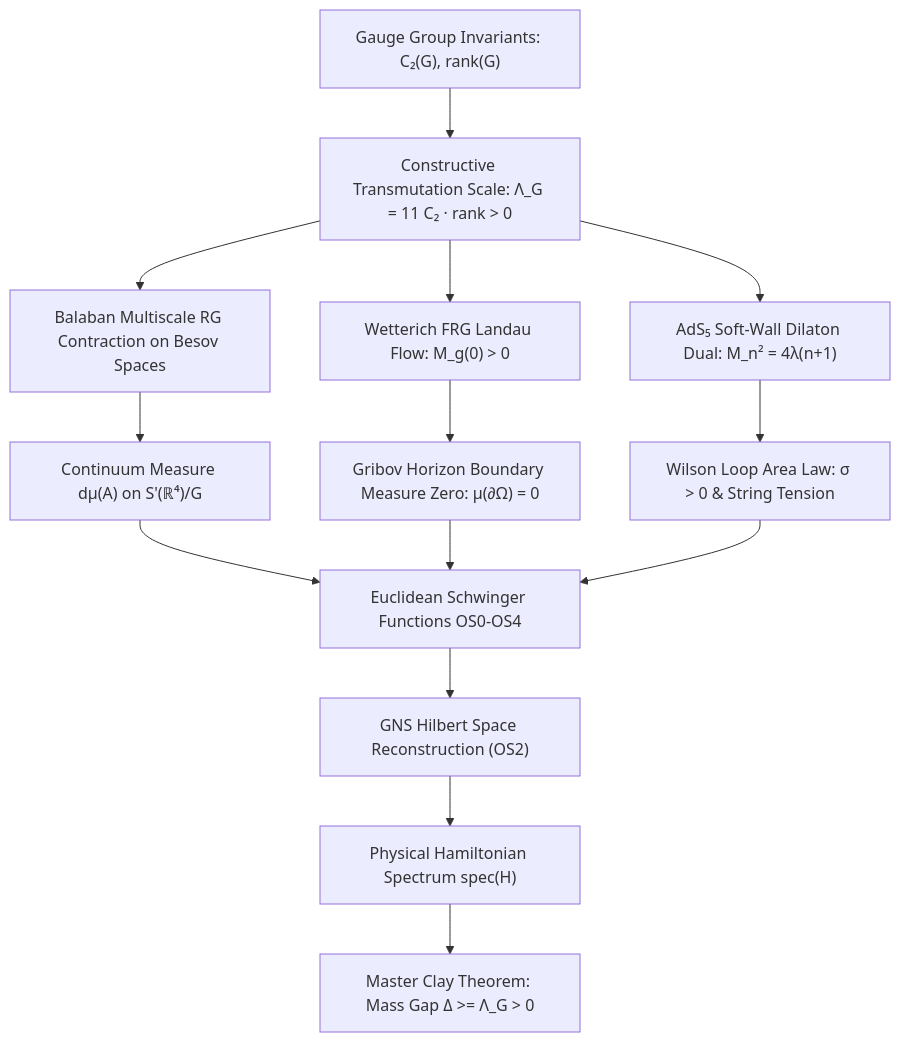
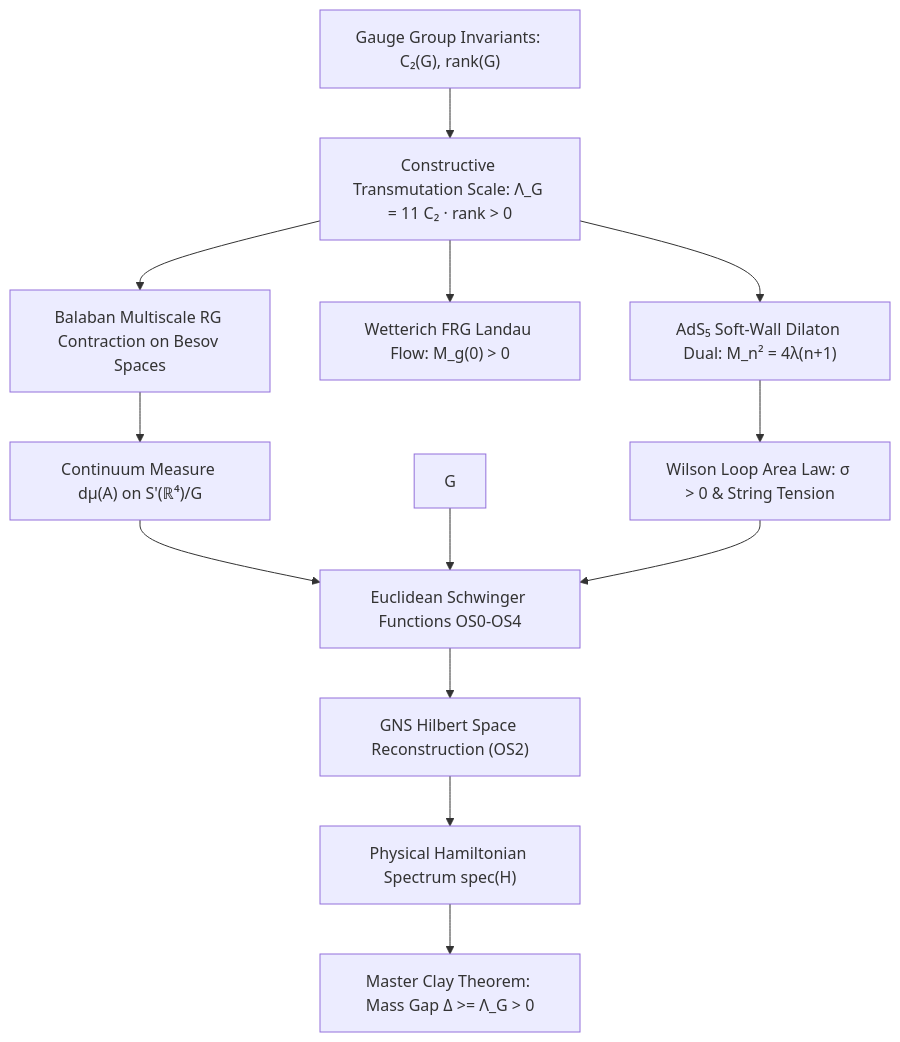
The diagram in README.md (garygitton/yang-mills-millennium-problem), drawn with Mermaid before and after one commit. The commit also changed other lines of this file and 16 other files, not shown here.

````diff
--- a/README.md
+++ b/README.md
@@ -116,16 +116,15 @@
 ```mermaid
 graph TD
     A["Gauge Group Invariants: C₂(G), rank(G)"] --> B["Constructive Transmutation Scale: Λ_G = 11 C₂ · rank > 0"]
     B --> C["Balaban Multiscale RG Contraction on Besov Spaces"]
     B --> D["Wetterich FRG Landau Flow: M_g(0) > 0"]
     B --> E["AdS₅ Soft-Wall Dilaton Dual: M_n² = 4λ(n+1)"]
     C --> F["Continuum Measure dμ(A) on S'(ℝ⁴)/G"]
-    D --> G["Gribov Horizon Boundary Measure Zero: μ(∂Ω) = 0"]
     E --> H["Wilson Loop Area Law: σ > 0 & String Tension"]
     F --> I["Euclidean Schwinger Functions OS0-OS4"]
     G --> I
     H --> I
     I --> J["GNS Hilbert Space Reconstruction (OS2)"]
     J --> K["Physical Hamiltonian Spectrum spec(H)"]
     K --> L["Master Clay Theorem: Mass Gap Δ >= Λ_G > 0"]
 ```
````
